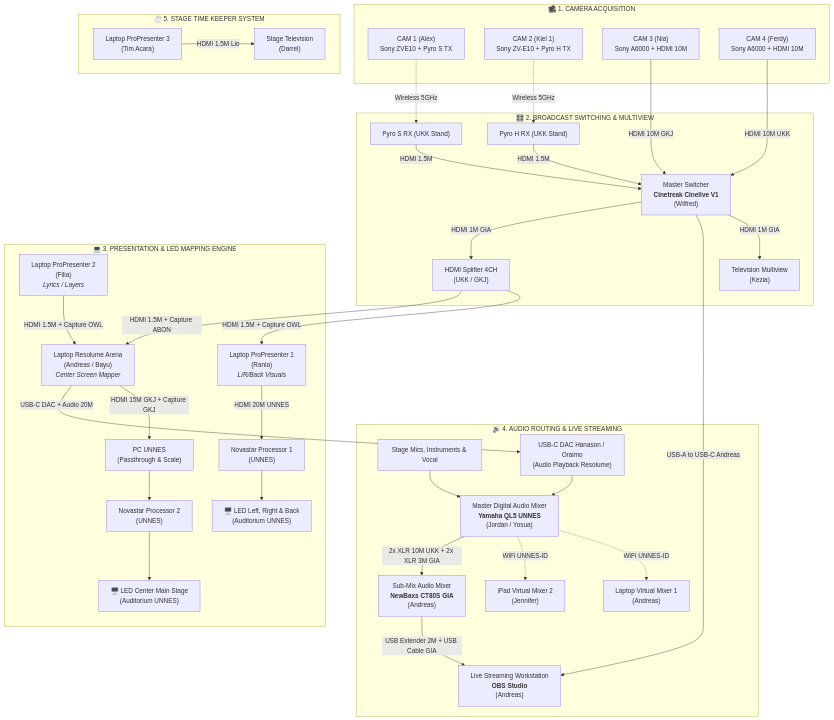
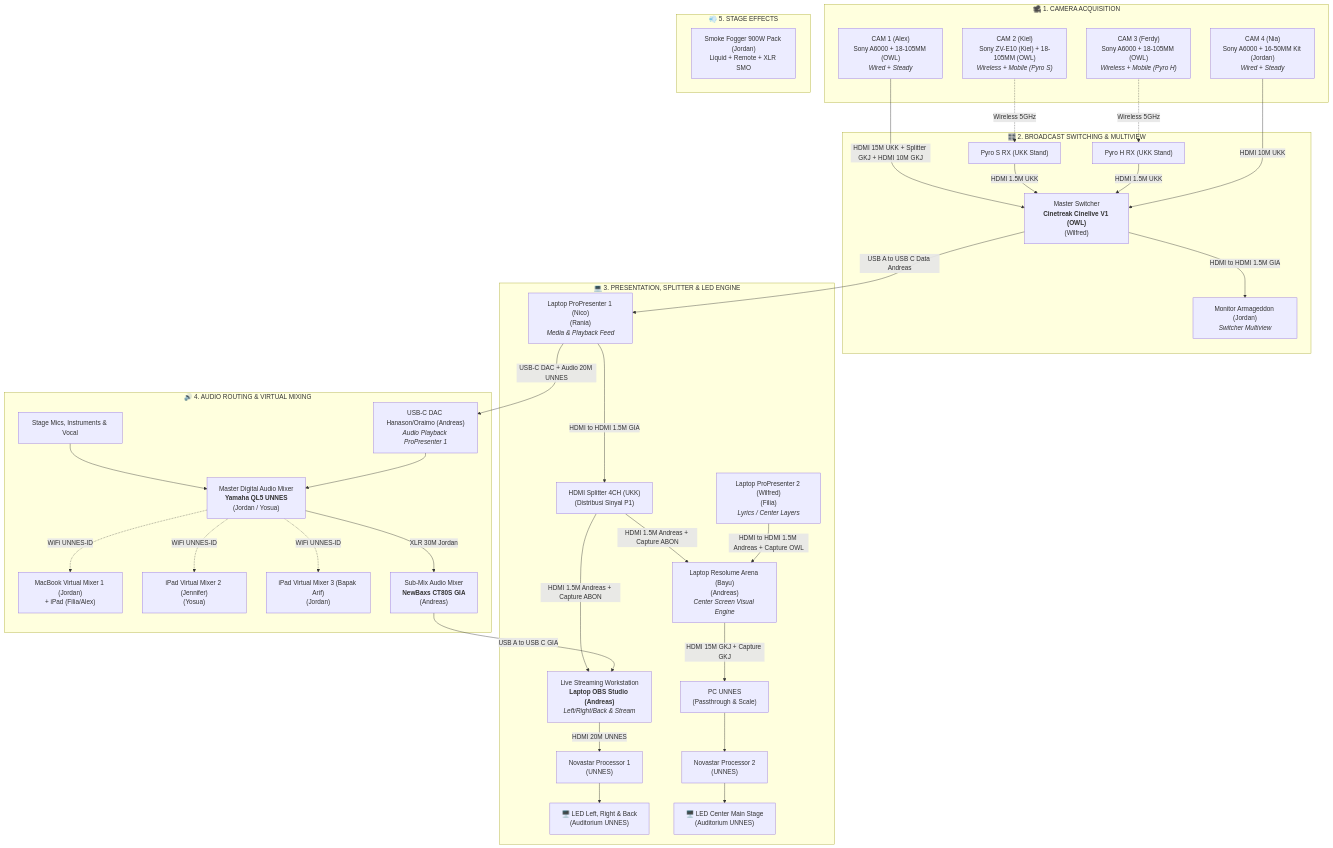
One commit to zzdree/ip26-production changed the second of 8 diagrams in README.md. Above: the diagram before and after it, drawn with Mermaid. The commit also changed other lines of this file and 9 other files, not shown here.

First line of the commit message:
feat: synchronize master architecture, camera routing, and 18-lender inventory (158 items)

````diff
--- a/README.md
+++ b/README.md
@@ -114,74 +94,77 @@
 ```mermaid
 flowchart TB
     %% SECTION: CAMERA INPUTS
     subgraph S_CAM["🎥 1. CAMERA ACQUISITION"]
-        CAM1["CAM 1 (Alex)<br/>Sony ZVE10 + Pyro S TX"]
-        CAM2["CAM 2 (Kiel 1)<br/>Sony ZV-E10 + Pyro H TX"]
-        CAM3["CAM 3 (Nia)<br/>Sony A6000 + HDMI 10M"]
-        CAM4["CAM 4 (Ferdy)<br/>Sony A6000 + HDMI 10M"]
+        CAM1["CAM 1 (Alex)<br/>Sony A6000 + 18-105MM (OWL)<br/><i>Wired + Steady</i>"]
+        CAM2["CAM 2 (Kiel)<br/>Sony ZV-E10 (Kiel) + 18-105MM (OWL)<br/><i>Wireless + Mobile (Pyro S)</i>"]
+        CAM3["CAM 3 (Ferdy)<br/>Sony A6000 + 18-105MM (OWL)<br/><i>Wireless + Mobile (Pyro H)</i>"]
+        CAM4["CAM 4 (Nia)<br/>Sony A6000 + 16-50MM Kit (Jordan)<br/><i>Wired + Steady</i>"]
     end
 
     %% SECTION: VIDEO SWITCHING & MONITORING
     subgraph S_SW["🎛️ 2. BROADCAST SWITCHING & MULTIVIEW"]
-        RX1["Pyro S RX (UKK Stand)"]
-        RX2["Pyro H RX (UKK Stand)"]
-        SW["Master Switcher<br/><b>Cinetreak Cinelive V1</b><br/>(Wilfred)"]
-        TV_MV["Television Multiview<br/>(Kezia)"]
-        SPL["HDMI Splitter 4CH<br/>(UKK / GKJ)"]
+        RX2["Pyro S RX (UKK Stand)"]
+        RX3["Pyro H RX (UKK Stand)"]
+        SW["Master Switcher<br/><b>Cinetreak Cinelive V1 (OWL)</b><br/>(Wilfred)"]
+        MON_SW["Monitor Armageddon (Jordan)<br/><i>Switcher Multiview</i>"]
     end
 
-    %% SECTION: PRESENTATION & LED VIDEO PROCESSING
-    subgraph S_VIS["💻 3. PRESENTATION & LED MAPPING ENGINE"]
-        P1["Laptop ProPresenter 1<br/>(Rania)<br/><i>L/R/Back Visuals</i>"]
-        P2["Laptop ProPresenter 2<br/>(Filia)<br/><i>Lyrics / Layers</i>"]
-        RES["Laptop Resolume Arena<br/>(Andreas / Bayu)<br/><i>Center Screen Mapper</i>"]
+    %% SECTION: PRESENTATION, DISTRIBUTION & LED PROCESSING
+    subgraph S_VIS["💻 3. PRESENTATION, SPLITTER & LED ENGINE"]
+        P1["Laptop ProPresenter 1 (Nico)<br/>(Rania)<br/><i>Media & Playback Feed</i>"]
+        SPL["HDMI Splitter 4CH (UKK)<br/>(Distribusi Sinyal P1)"]
+        P2["Laptop ProPresenter 2 (Wilfred)<br/>(Filia)<br/><i>Lyrics / Center Layers</i>"]
+        RES["Laptop Resolume Arena (Bayu)<br/>(Andreas)<br/><i>Center Screen Visual Engine</i>"]
+        OBS["Live Streaming Workstation<br/><b>Laptop OBS Studio (Andreas)</b><br/><i>Left/Right/Back & Stream</i>"]
         PC_UN["PC UNNES<br/>(Passthrough & Scale)"]
         NOVA1["Novastar Processor 1<br/>(UNNES)"]
         NOVA2["Novastar Processor 2<br/>(UNNES)"]
         LED_LR["🖥️ LED Left, Right & Back<br/>(Auditorium UNNES)"]
         LED_CTR["🖥️ LED Center Main Stage<br/>(Auditorium UNNES)"]
     end
 
     %% SECTION: AUDIO & STREAMING
-    subgraph S_AUD["🔊 4. AUDIO ROUTING & LIVE STREAMING"]
+    subgraph S_AUD["🔊 4. AUDIO ROUTING & VIRTUAL MIXING"]
         STAGE_MIC["Stage Mics, Instruments & Vocal"]
         QL5["Master Digital Audio Mixer<br/><b>Yamaha QL5 UNNES</b><br/>(Jordan / Yosua)"]
-        VM1["Laptop Virtual Mixer 1<br/>(Andreas)"]
-        VM2["iPad Virtual Mixer 2<br/>(Jennifer)"]
-        DAC["USB-C DAC Hanason / Oraimo<br/>(Audio Playback Resolume)"]
+        VM1["MacBook Virtual Mixer 1 (Jordan)<br/>+ iPad (Filia/Alex)"]
+        VM2["iPad Virtual Mixer 2 (Jennifer)<br/>(Yosua)"]
+        VM3["iPad Virtual Mixer 3 (Bapak Arif)<br/>(Jordan)"]
+        DAC["USB-C DAC Hanason/Oraimo (Andreas)<br/><i>Audio Playback ProPresenter 1</i>"]
         CT80S["Sub-Mix Audio Mixer<br/><b>NewBaxs CT80S GIA</b><br/>(Andreas)"]
-        OBS["Live Streaming Workstation<br/><b>OBS Studio</b><br/>(Andreas)"]
     end
 
-    %% SECTION: TIME KEEPER
-    subgraph S_TK["⏱️ 5. STAGE TIME KEEPER SYSTEM"]
-        P3["Laptop ProPresenter 3<br/>(Tim Acara)"]
-        TV_TK["Stage Television<br/>(Darrel)"]
+    %% SECTION: SPECIAL EFFECTS
+    subgraph S_FX["💨 5. STAGE EFFECTS"]
+        SMOKE["Smoke Fogger 900W Pack (Jordan)<br/>Liquid + Remote + XLR SMO"]
     end
 
-    %% SIGNAL CONNECTIONS
-    CAM1 -.->|Wireless 5GHz| RX1 -->|HDMI 1.5M| SW
-    CAM2 -.->|Wireless 5GHz| RX2 -->|HDMI 1.5M| SW
-    CAM3 -->|HDMI 10M GKJ| SW
+    %% SIGNAL CONNECTIONS - CAMERAS TO SWITCHER
+    CAM1 -->|HDMI 15M UKK + Splitter GKJ + HDMI 10M GKJ| SW
+    CAM2 -.->|Wireless 5GHz| RX2 -->|HDMI 1.5M UKK| SW
+    CAM3 -.->|Wireless 5GHz| RX3 -->|HDMI 1.5M UKK| SW
     CAM4 -->|HDMI 10M UKK| SW
 
-    SW -->|HDMI 1M GIA| TV_MV
-    SW -->|USB-A to USB-C Andreas| OBS
-    SW -->|HDMI 1M GIA| SPL
+    %% SWITCHER ROUTING
+    SW -->|HDMI to HDMI 1.5M GIA| MON_SW
+    SW -->|USB A to USB C Data Andreas| P1
 
-    SPL -->|HDMI 1.5M + Capture OWL| P1
-    SPL -->|HDMI 1.5M + Capture ABON| RES
-    P2 -->|HDMI 1.5M + Capture OWL| RES
+    %% PRESENTATION & SPLITTER ROUTING
+    P1 -->|HDMI to HDMI 1.5M GIA| SPL
+    SPL -->|HDMI 1.5M Andreas + Capture ABON| OBS
+    SPL -->|HDMI 1.5M Andreas + Capture ABON| RES
+    P2 -->|HDMI to HDMI 1.5M Andreas + Capture OWL| RES
 
-    P1 -->|HDMI 20M UNNES| NOVA1 --> LED_LR
+    %% LED OUTPUT ROUTING
+    OBS -->|HDMI 20M UNNES| NOVA1 --> LED_LR
     RES -->|HDMI 15M GKJ + Capture GKJ| PC_UN --> NOVA2 --> LED_CTR
 
-    RES -->|USB-C DAC + Audio 20M| DAC --> QL5
+    %% AUDIO ROUTING
     STAGE_MIC --> QL5
+    P1 -->|USB-C DAC + Audio 20M UNNES| DAC --> QL5
     QL5 -.->|WiFi UNNES-ID| VM1
     QL5 -.->|WiFi UNNES-ID| VM2
-    QL5 -->|2x XLR 10M UKK + 2x XLR 3M GIA| CT80S
-    CT80S -->|USB Extender 2M + USB Cable GIA| OBS
-
-    P3 -->|HDMI 1.5M Lio| TV_TK
+    QL5 -.->|WiFi UNNES-ID| VM3
+    QL5 -->|XLR 30M Jordan| CT80S
+    CT80S -->|USB A to USB C GIA| OBS
 ```
````
